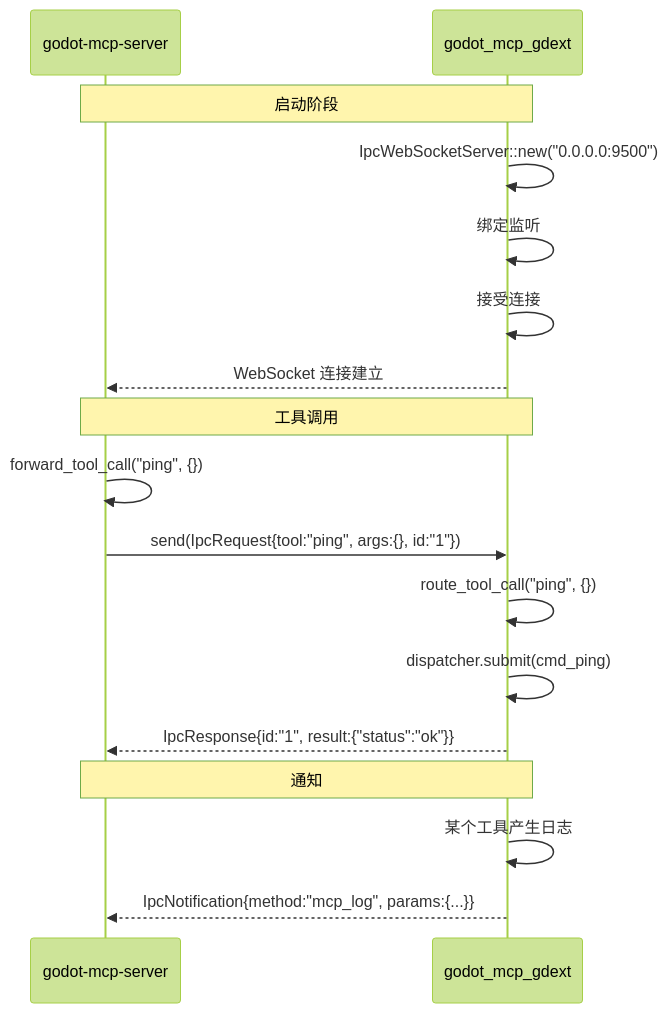
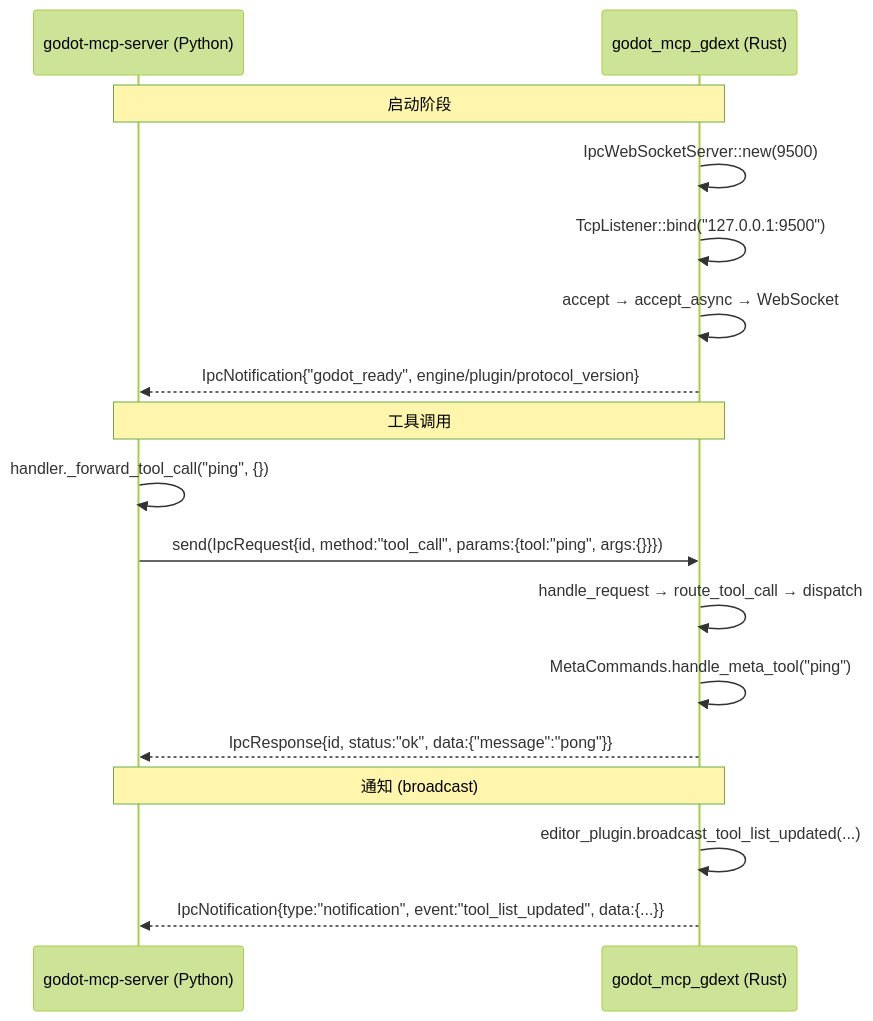
The diagram in .repo_wiki/modules/ipc-bridge.md (jesspig/GodotMCP-GDExtension), drawn with Mermaid (forest theme) before and after one commit. The commit also changed other lines of this file and 20 other files, not shown here.

````diff
--- a/.repo_wiki/modules/ipc-bridge.md
+++ b/.repo_wiki/modules/ipc-bridge.md
@@ -5,25 +5,25 @@
 ```mermaid
 sequenceDiagram
-    participant Server as godot-mcp-server
-    participant GDExt as godot_mcp_gdext
+    participant Server as godot-mcp-server (Python)
+    participant GDExt as godot_mcp_gdext (Rust)
     
     Note over Server,GDExt: 启动阶段
     
-    GDExt->>GDExt: IpcWebSocketServer::new("0.0.0.0:9500")
-    GDExt->>GDExt: 绑定监听
-    GDExt->>GDExt: 接受连接
-    GDExt-->>Server: WebSocket 连接建立
+    GDExt->>GDExt: IpcWebSocketServer::new(9500)
+    GDExt->>GDExt: TcpListener::bind("127.0.0.1:9500")
+    GDExt->>GDExt: accept → accept_async → WebSocket
+    GDExt-->>Server: IpcNotification{"godot_ready", engine/plugin/protocol_version}
     
     Note over Server,GDExt: 工具调用
     
-    Server->>Server: forward_tool_call("ping", {})
-    Server->>GDExt: send(IpcRequest{tool:"ping", args:{}, id:"1"})
-    GDExt->>GDExt: route_tool_call("ping", {})
-    GDExt->>GDExt: dispatcher.submit(cmd_ping)
-    GDExt-->>Server: IpcResponse{id:"1", result:{"status":"ok"}}
+    Server->>Server: handler._forward_tool_call("ping", {})
+    Server->>GDExt: send(IpcRequest{id, method:"tool_call", params:{tool:"ping", args:{}}})
+    GDExt->>GDExt: handle_request → route_tool_call → dispatch
+    GDExt->>GDExt: MetaCommands.handle_meta_tool("ping")
+    GDExt-->>Server: IpcResponse{id, status:"ok", data:{"message":"pong"}}
     
-    Note over Server,GDExt: 通知
+    Note over Server,GDExt: 通知 (broadcast)
     
-    GDExt->>GDExt: 某个工具产生日志
-    GDExt-->>Server: IpcNotification{method:"mcp_log", params:{...}}
+    GDExt->>GDExt: editor_plugin.broadcast_tool_list_updated(...)
+    GDExt-->>Server: IpcNotification{type:"notification", event:"tool_list_updated", data:{...}}
 ```
````
